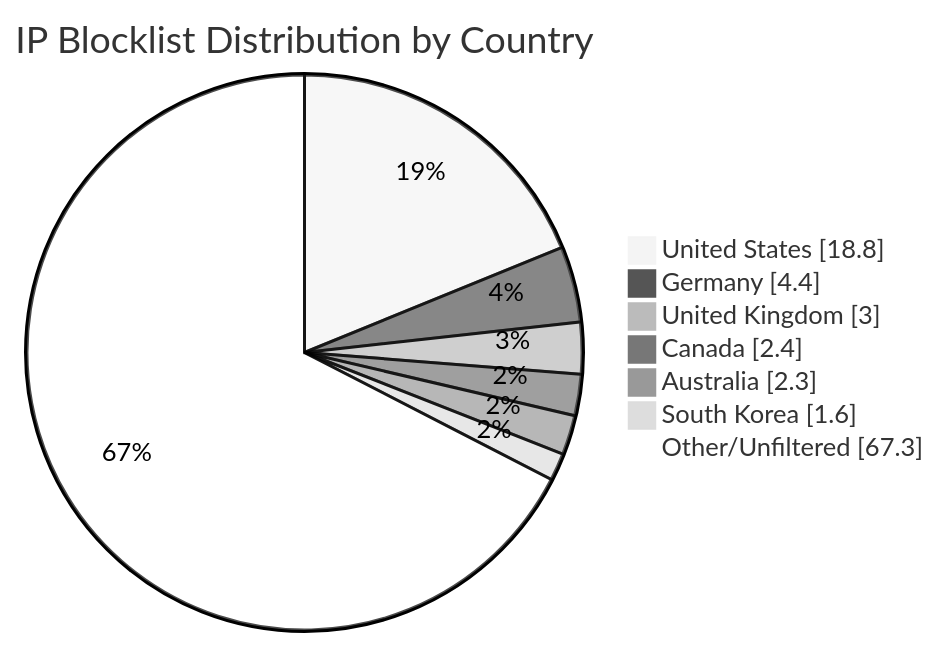
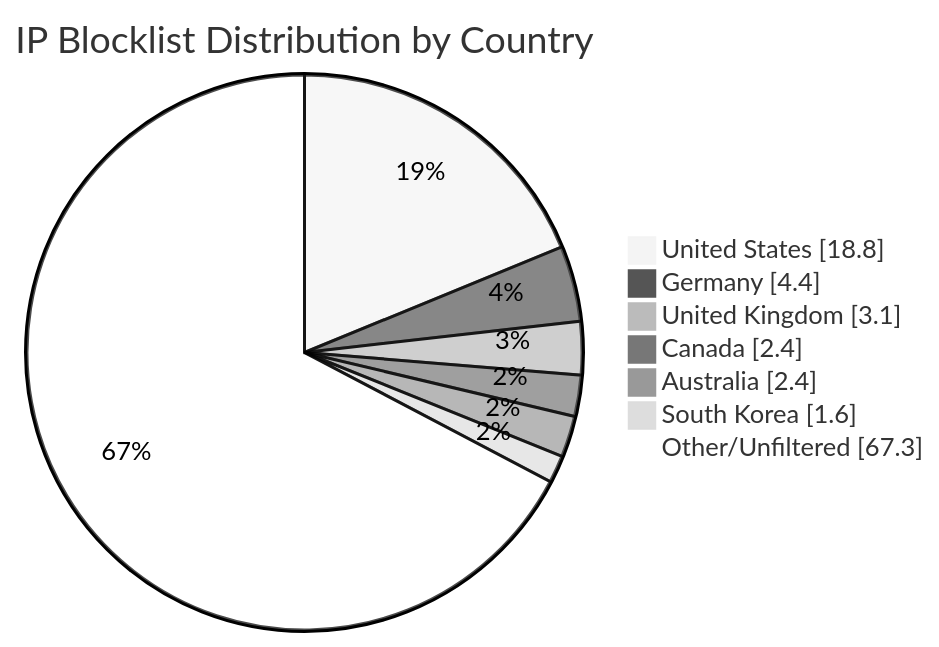
The diagram in README.md (MarcusHoltz/ipblocklist-geofiltered-aggregator), drawn with Mermaid (neutral theme) before and after one commit. The commit also changed other lines of this file and 9 other files, not shown here.

````diff
--- a/README.md
+++ b/README.md
@@ -34,10 +34,10 @@
 ```mermaid
 pie showData title IP Blocklist Distribution by Country
 "United States" : 18.8
 "Germany" : 4.4
-"United Kingdom" : 3.0
+"United Kingdom" : 3.1
 "Canada" : 2.4
-"Australia" : 2.3
+"Australia" : 2.4
 "South Korea" : 1.6
 "Other/Unfiltered" : 67.3
 ```
````
